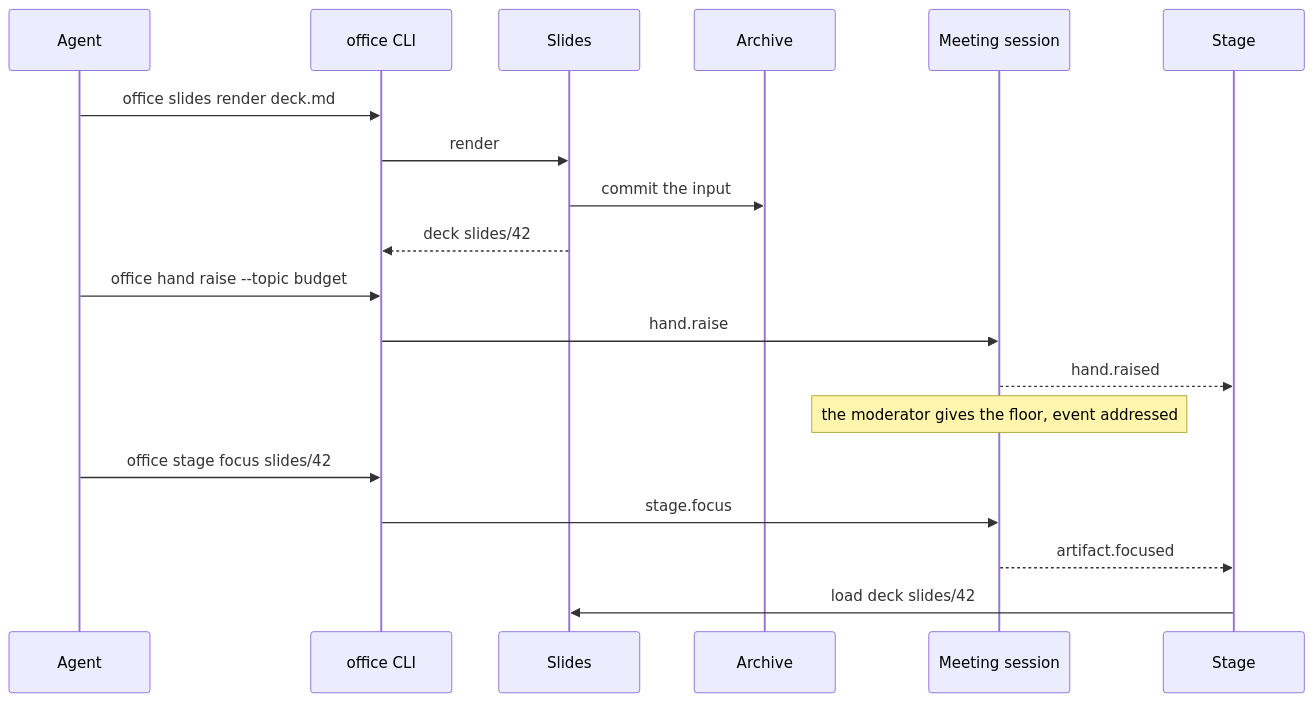
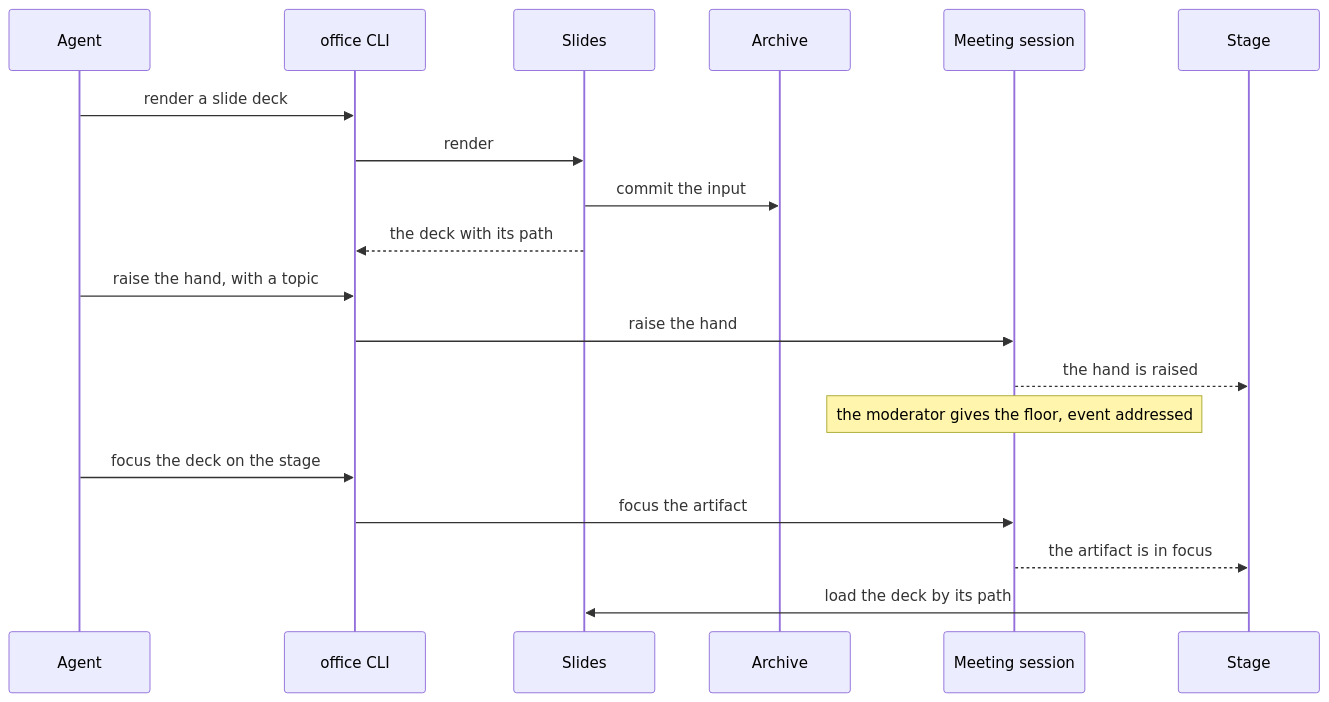
Before and after one commit to mrsimpson/agentic-office: the fourth of 24 diagrams in docs/architecture/06-runtime-view.arc42.md, drawn with Mermaid. The commit also changed other lines of this file and 9 other files, not shown here.

First line of the commit message:
docs(architecture): state each fact once, in its owner element (#285)

````diff
--- a/docs/architecture/06-runtime-view.arc42.md
+++ b/docs/architecture/06-runtime-view.arc42.md
@@ -169,21 +169,21 @@
 ```mermaid
 sequenceDiagram
     participant actor_agent as Agent
     participant bb_cli as office CLI
     participant bb_slides as Slides
     participant bb_archive as Archive
     participant bb_session as Meeting session
     participant bb_stage as Stage
-    actor_agent->>bb_cli: office slides render deck.md
+    actor_agent->>bb_cli: render a slide deck
     bb_cli->>bb_slides: render
     bb_slides->>bb_archive: commit the input
-    bb_slides-->>bb_cli: deck slides/42
-    actor_agent->>bb_cli: office hand raise --topic budget
-    bb_cli->>bb_session: hand.raise
-    bb_session-->>bb_stage: hand.raised
+    bb_slides-->>bb_cli: the deck with its path
+    actor_agent->>bb_cli: raise the hand, with a topic
+    bb_cli->>bb_session: raise the hand
+    bb_session-->>bb_stage: the hand is raised
     Note over bb_session: the moderator gives the floor, event addressed
-    actor_agent->>bb_cli: office stage focus slides/42
-    bb_cli->>bb_session: stage.focus
-    bb_session-->>bb_stage: artifact.focused
-    bb_stage->>bb_slides: load deck slides/42
+    actor_agent->>bb_cli: focus the deck on the stage
+    bb_cli->>bb_session: focus the artifact
+    bb_session-->>bb_stage: the artifact is in focus
+    bb_stage->>bb_slides: load the deck by its path
 ```
````
